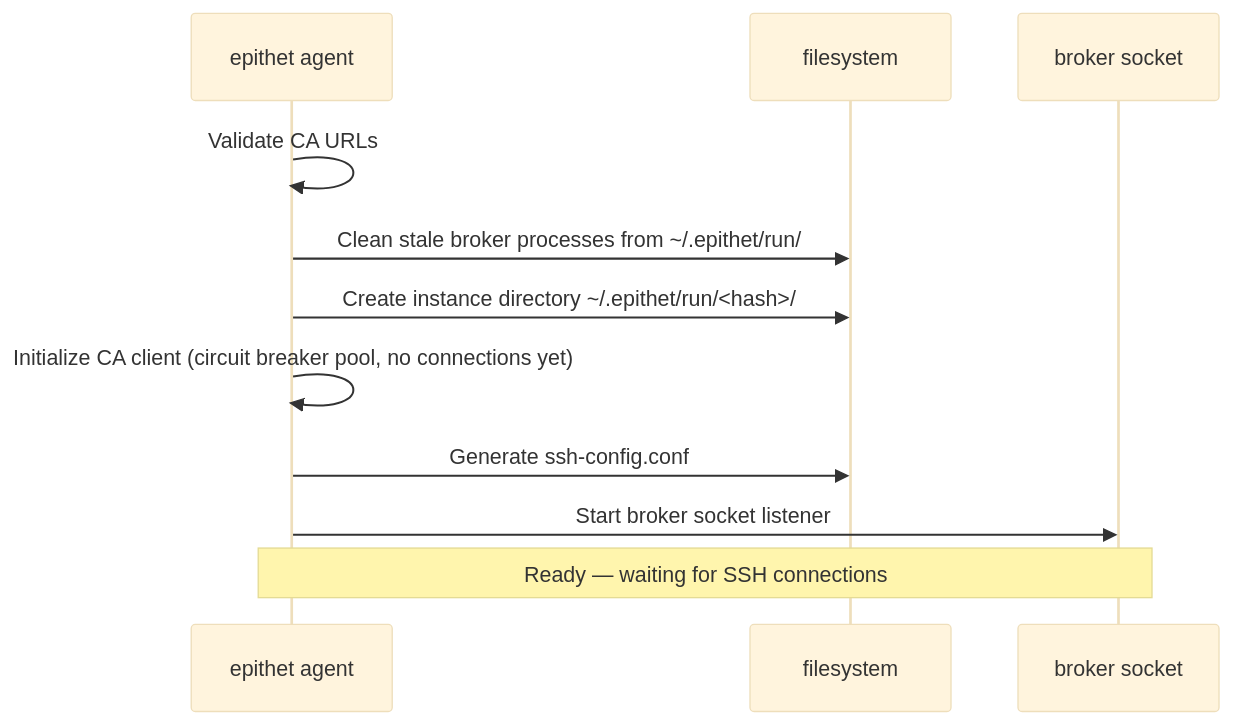
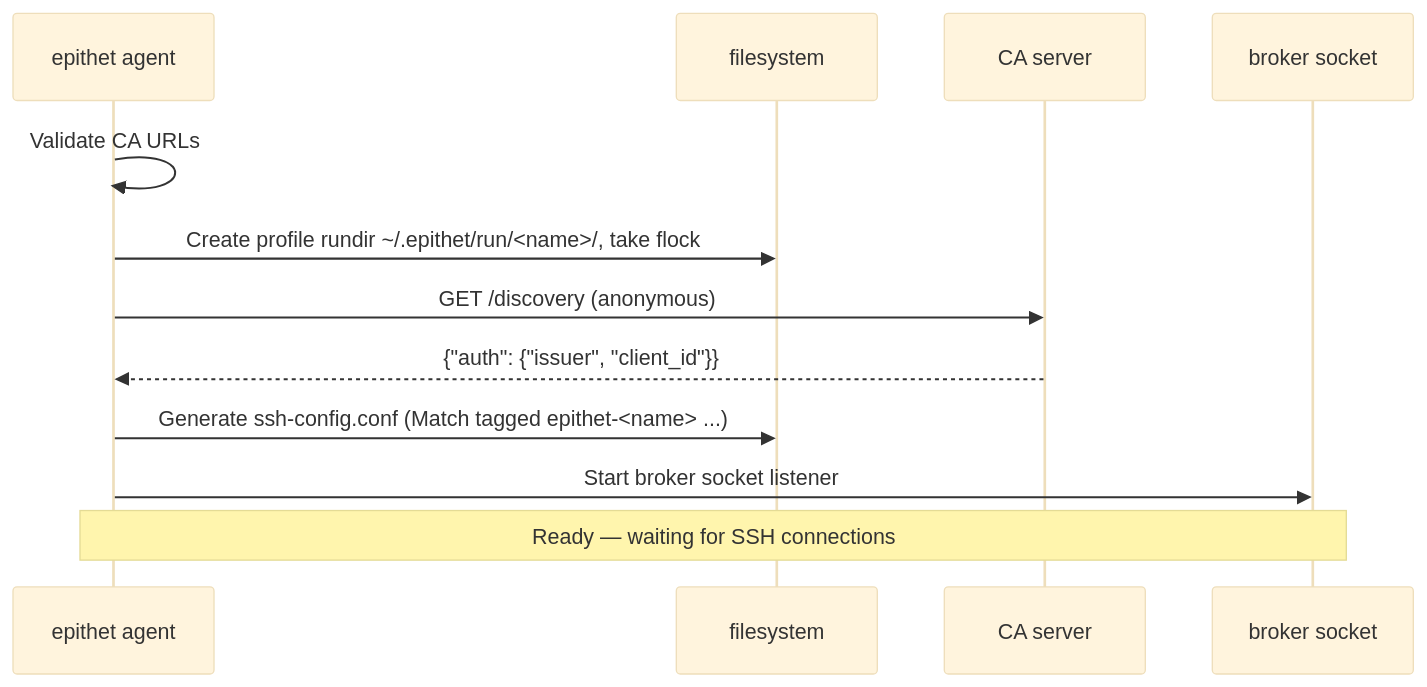
The first of 2 diagrams in docs/architecture.md (epithet-ssh/epithet), drawn with Mermaid (base theme) before and after one commit. The commit also changed other lines of this file and 36 other files, not shown here.

````diff
--- a/docs/architecture.md
+++ b/docs/architecture.md
@@ -17,14 +17,15 @@
 ```mermaid
 sequenceDiagram
     participant user as epithet agent
     participant fs as filesystem
+    participant ca as CA server
     participant sock as broker socket
 
     user ->> user: Validate CA URLs
-    user ->> fs: Clean stale broker processes from ~/.epithet/run/
-    user ->> fs: Create instance directory ~/.epithet/run/<hash>/
-    user ->> user: Initialize CA client (circuit breaker pool, no connections yet)
-    user ->> fs: Generate ssh-config.conf
+    user ->> fs: Create profile rundir ~/.epithet/run/<name>/, take flock
+    user ->> ca: GET /discovery (anonymous)
+    ca -->> user: {"auth": {"issuer", "client_id"}}
+    user ->> fs: Generate ssh-config.conf (Match tagged epithet-<name> ...)
     user ->> sock: Start broker socket listener
     Note over user,sock: Ready — waiting for SSH connections
 ```
````
